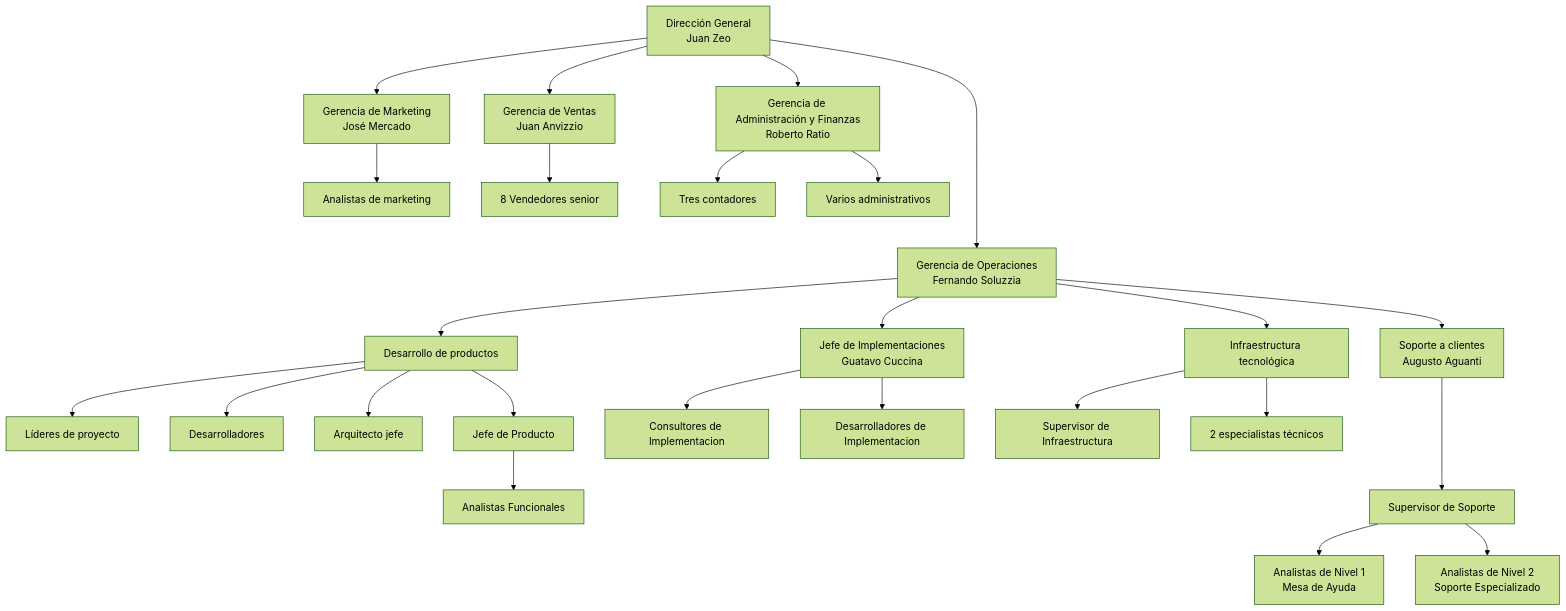
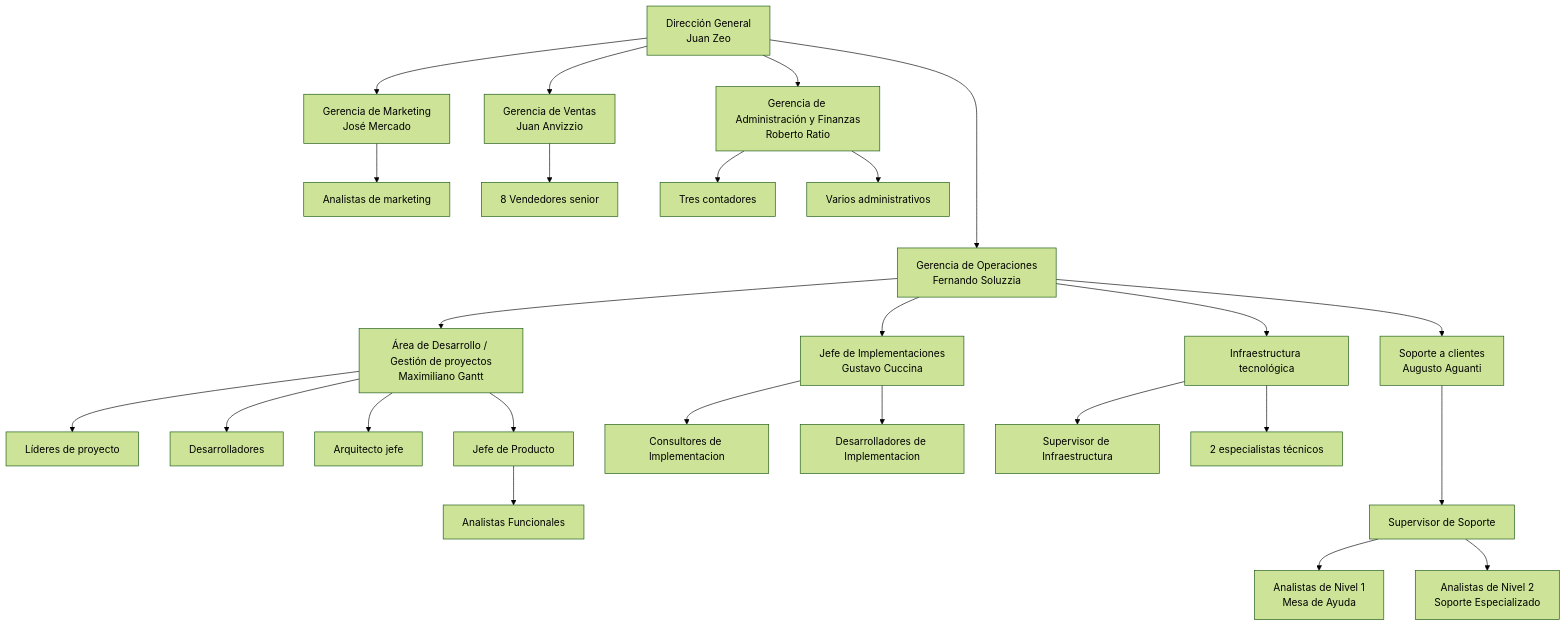
One commit to CrissRMFI/TPG-PSA changed the diagram in docs/Organigrama/organigrama.md. Above: the diagram before and after it, drawn with Mermaid (forest theme).

Commit message:
docs(organigrama): Maximiliano Gantt

````diff
--- a/docs/Organigrama/organigrama.md
+++ b/docs/Organigrama/organigrama.md
@@ -19,39 +19,39 @@
 ```mermaid
 graph TB
   A[Dirección General<br>Juan Zeo]
 
   A ----> B[Gerencia de Operaciones<br>Fernando Soluzzia]
   A --> C[Gerencia de Marketing<br>José Mercado]
   A --> D[Gerencia de Ventas<br>Juan Anvizzio]
   A --> E[Gerencia de Administración y Finanzas<br>Roberto Ratio]
 
-  B --> B1[Desarrollo de productos]
-  B --> B2[Jefe de Implementaciones<br>Guatavo Cuccina]
+  B --> B1[Área de Desarrollo / Gestión de proyectos<br>Maximiliano Gantt]
+  B --> B2[Jefe de Implementaciones<br>Gustavo Cuccina]
   B --> B3[Soporte a clientes<br> Augusto Aguanti]
   B --> B4[Infraestructura tecnológica]
 
   B1 --> B1a[Líderes de proyecto]
   B1 --> B1b[Desarrolladores]
   B1 --> B1c[Arquitecto jefe]
   B1 --> B1d[Jefe de Producto]
 
   B1d --> B1d1[Analistas Funcionales]
 
 
   B2 --> B2b[Consultores de Implementacion]
   B2 --> B2c[Desarrolladores de Implementacion]
 
   B3 ---> B3a[Supervisor de Soporte]
   B3a --> B3b[Analistas de Nivel 1<br>Mesa de Ayuda]
   B3a --> B3c[Analistas de Nivel 2 <br>Soporte Especializado]
 
   B4 --> B4a[Supervisor de Infraestructura]
   B4 --> B4b[2 especialistas técnicos]
 
   C --> C1[Analistas de marketing]
 
   D --> D1[8 Vendedores senior]
 
   E --> E1[Tres contadores]
   E --> E2[Varios administrativos]
 ```
````
